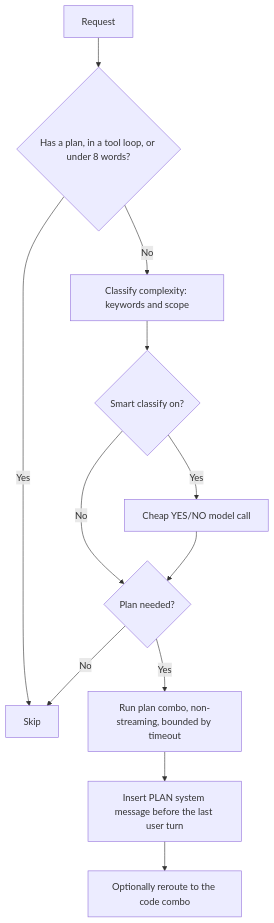
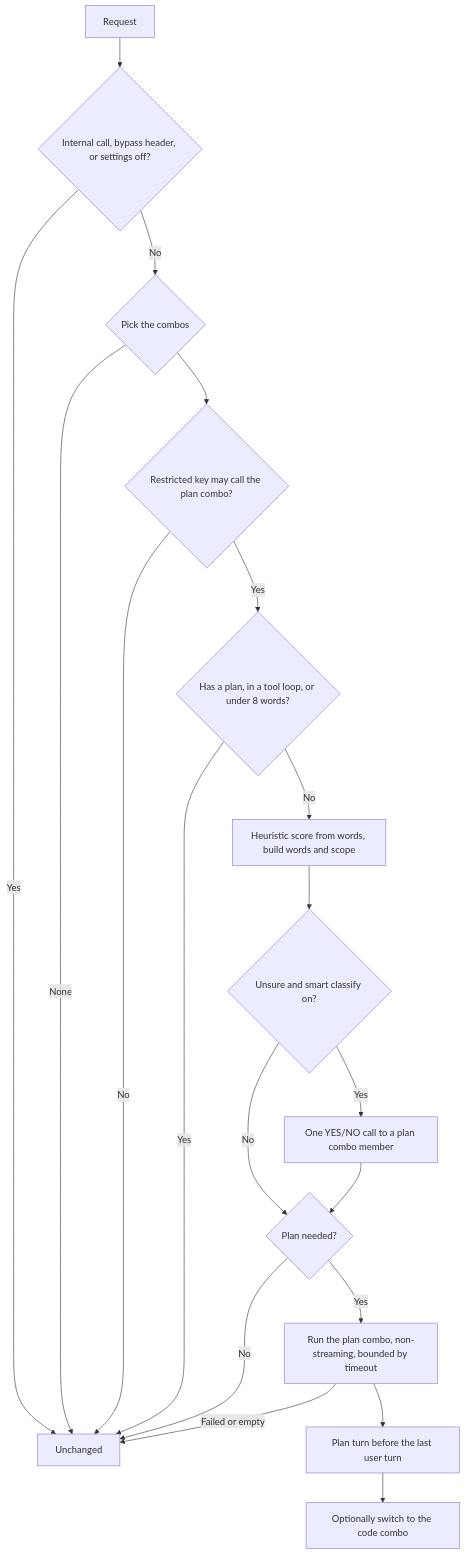
The diagram in docs/design/11-Skills-Session-and-Auto-Plan.md (dimaskiddo/rllmx), drawn with Mermaid before and after one commit. The commit also changed other lines of this file and 27 other files, not shown here.

````diff
--- a/docs/design/11-Skills-Session-and-Auto-Plan.md
+++ b/docs/design/11-Skills-Session-and-Auto-Plan.md
@@ -123,14 +125,21 @@
 ```mermaid
 flowchart TD
-    A[Request] --> B{Has a plan, in a tool loop, or under 8 words?}
-    B -- Yes --> Z[Skip]
-    B -- No --> C[Classify complexity: keywords and scope]
-    C --> D{Smart classify on?}
-    D -- Yes --> E[Cheap YES/NO model call]
-    D -- No --> F{Plan needed?}
-    E --> F
-    F -- No --> Z
-    F -- Yes --> G[Run plan combo, non-streaming, bounded by timeout]
-    G --> H[Insert PLAN system message before the last user turn]
-    H --> I[Optionally reroute to the code combo]
+    A[Request] --> B{Internal call, bypass header, or settings off?}
+    B -- Yes --> Z[Unchanged]
+    B -- No --> C{Pick the combos}
+    C -- None --> Z
+    C --> D{Restricted key may call the plan combo?}
+    D -- No --> Z
+    D -- Yes --> E{Has a plan, in a tool loop, or under 8 words?}
+    E -- Yes --> Z
+    E -- No --> F[Heuristic score from words, build words and scope]
+    F --> G{Unsure and smart classify on?}
+    G -- Yes --> H[One YES/NO call to a plan combo member]
+    G -- No --> I{Plan needed?}
+    H --> I
+    I -- No --> Z
+    I -- Yes --> J[Run the plan combo, non-streaming, bounded by timeout]
+    J -- Failed or empty --> Z
+    J --> K[Plan turn before the last user turn]
+    K --> L[Optionally switch to the code combo]
 ```
````
